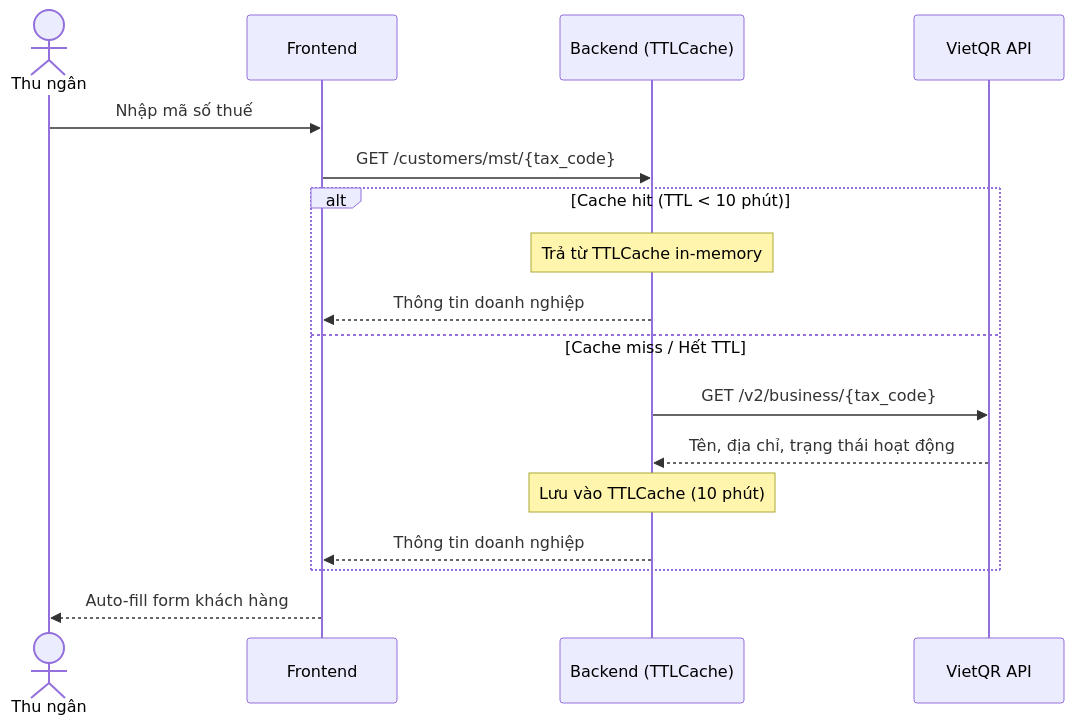
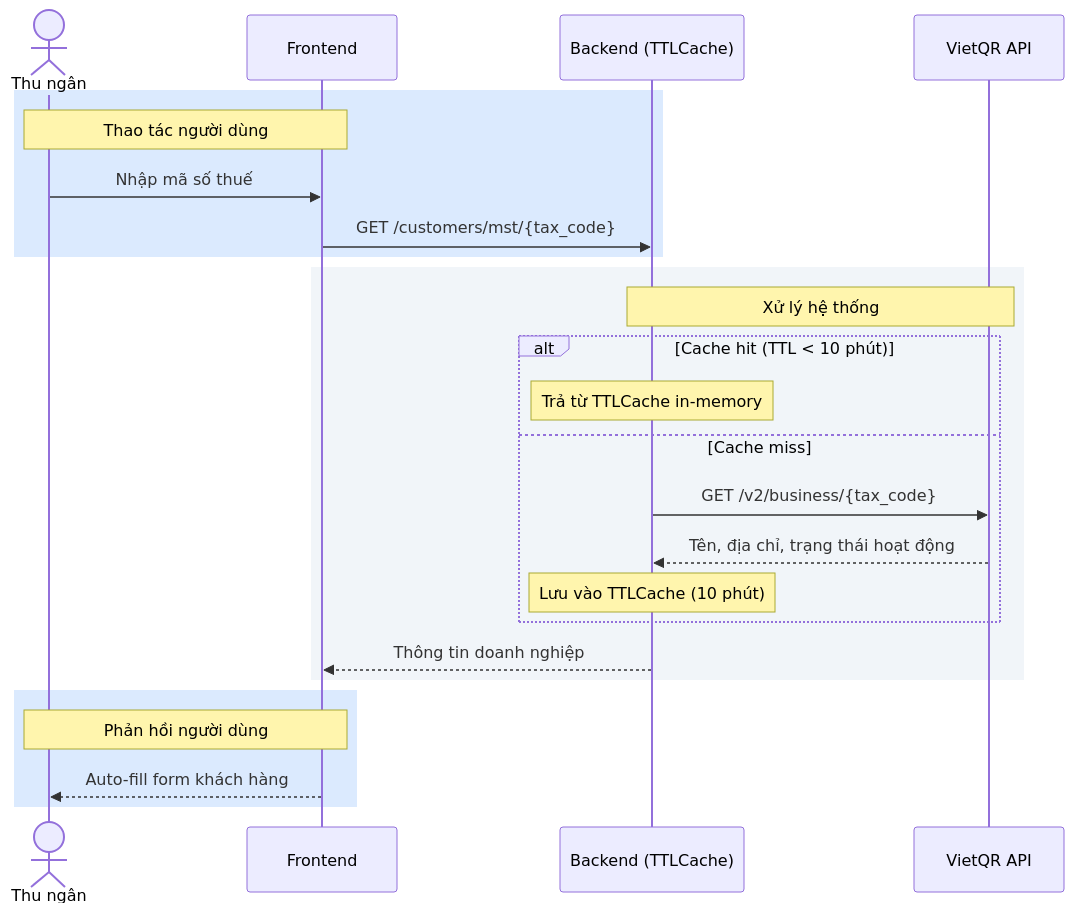
Before and after one commit to ngohuuduc/VJ_mobile_POS: the third of 10 diagrams in docs/process_flow.md, drawn with Mermaid. The commit also changed other lines of this file and 2 other files, not shown here.

Commit message:
Update documentation: Enhance open questions and process flow with detailed answers and color coding for clarity

````diff
--- a/docs/process_flow.md
+++ b/docs/process_flow.md
@@ -64,20 +91,28 @@
 ```mermaid
 sequenceDiagram
     actor User as Thu ngân
     participant FE as Frontend
     participant BE as Backend (TTLCache)
     participant MST as VietQR API
 
-    User->>FE: Nhập mã số thuế
-    FE->>BE: GET /customers/mst/{tax_code}
-    alt Cache hit (TTL < 10 phút)
-        Note over BE: Trả từ TTLCache in-memory
-        BE-->>FE: Thông tin doanh nghiệp
-    else Cache miss / Hết TTL
-        BE->>MST: GET /v2/business/{tax_code}
-        MST-->>BE: Tên, địa chỉ, trạng thái hoạt động
-        Note over BE: Lưu vào TTLCache (10 phút)
+    rect rgb(219, 234, 254)
+        Note over User,FE: Thao tác người dùng
+        User->>FE: Nhập mã số thuế
+        FE->>BE: GET /customers/mst/{tax_code}
+    end
+    rect rgb(241, 245, 249)
+        Note over BE,MST: Xử lý hệ thống
+        alt Cache hit (TTL < 10 phút)
+            Note over BE: Trả từ TTLCache in-memory
+        else Cache miss
+            BE->>MST: GET /v2/business/{tax_code}
+            MST-->>BE: Tên, địa chỉ, trạng thái hoạt động
+            Note over BE: Lưu vào TTLCache (10 phút)
+        end
         BE-->>FE: Thông tin doanh nghiệp
     end
-    FE-->>User: Auto-fill form khách hàng
+    rect rgb(219, 234, 254)
+        Note over FE,User: Phản hồi người dùng
+        FE-->>User: Auto-fill form khách hàng
+    end
 ```
````
